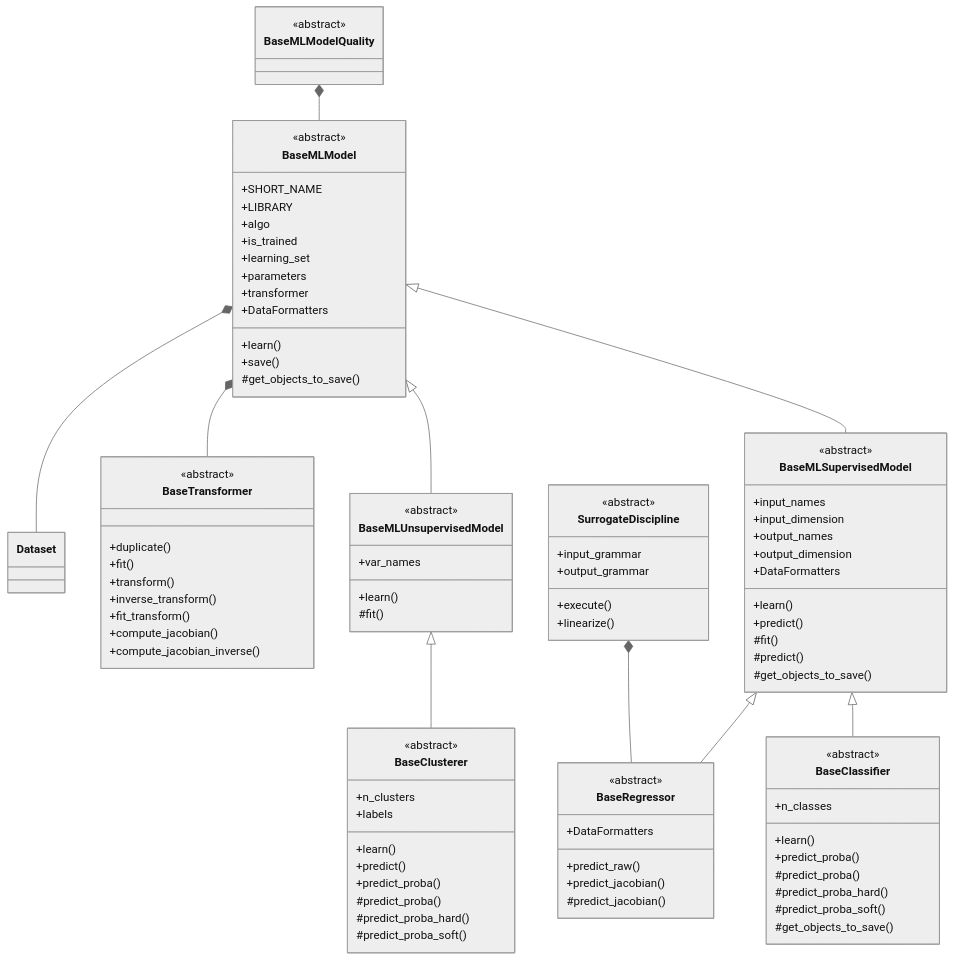
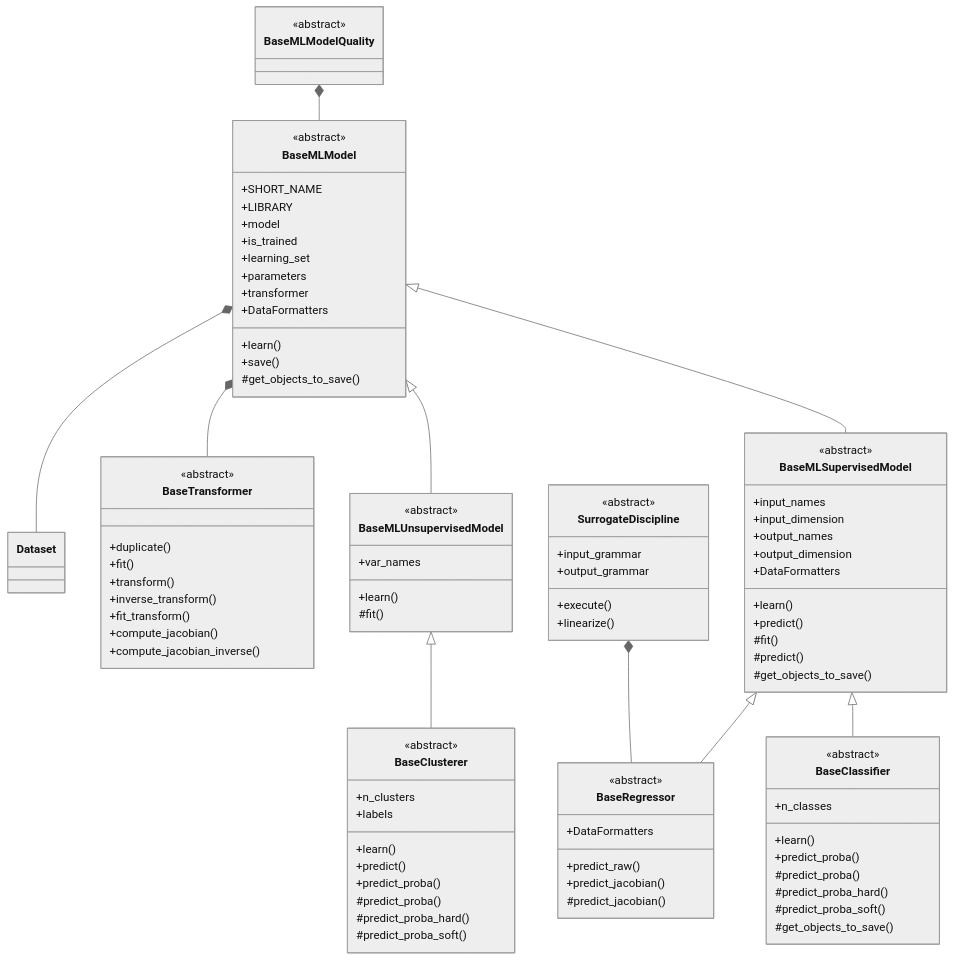
The diagram in docs/machine_learning/machine_learning_overview.md (gemseo/gemseo), drawn with Mermaid (neutral theme) before and after one commit. The commit also changed 77 other files, not shown here.

```diff
--- a/docs/machine_learning/machine_learning_overview.md
+++ b/docs/machine_learning/machine_learning_overview.md
@@ -54,7 +54,7 @@
         <<abstract>>
        +SHORT_NAME
        +LIBRARY
-       +algo
+       +model
        +is_trained
        +learning_set
        +parameters
```
